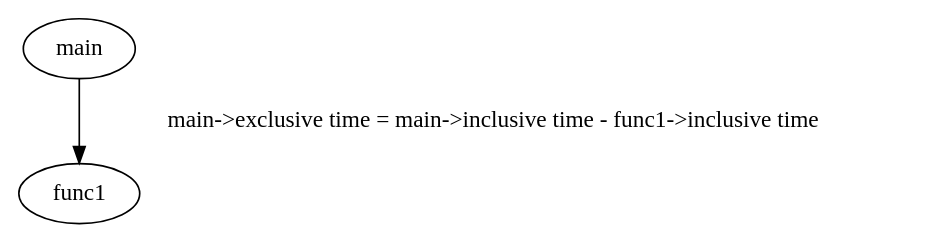
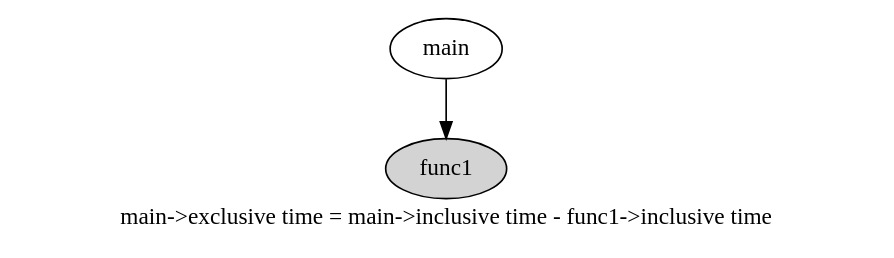
Before and after one commit to canercandan/myproof: the diagram in report/images/Tree1.dot, drawn with Graphviz. The commit also changed 4 other files, not shown here.

```diff
--- a/report/images/Tree1.dot
+++ b/report/images/Tree1.dot
@@ -1,4 +1,5 @@
 digraph {
- "main" -> "func1" 
- [label="main->exclusive time = main->inclusive time - func1->inclusive time"]
+ label="main->exclusive time = main->inclusive time - func1->inclusive time";
+  main -> func1;
+ func1 [style=filled,filledcolor=red]
  }
```
